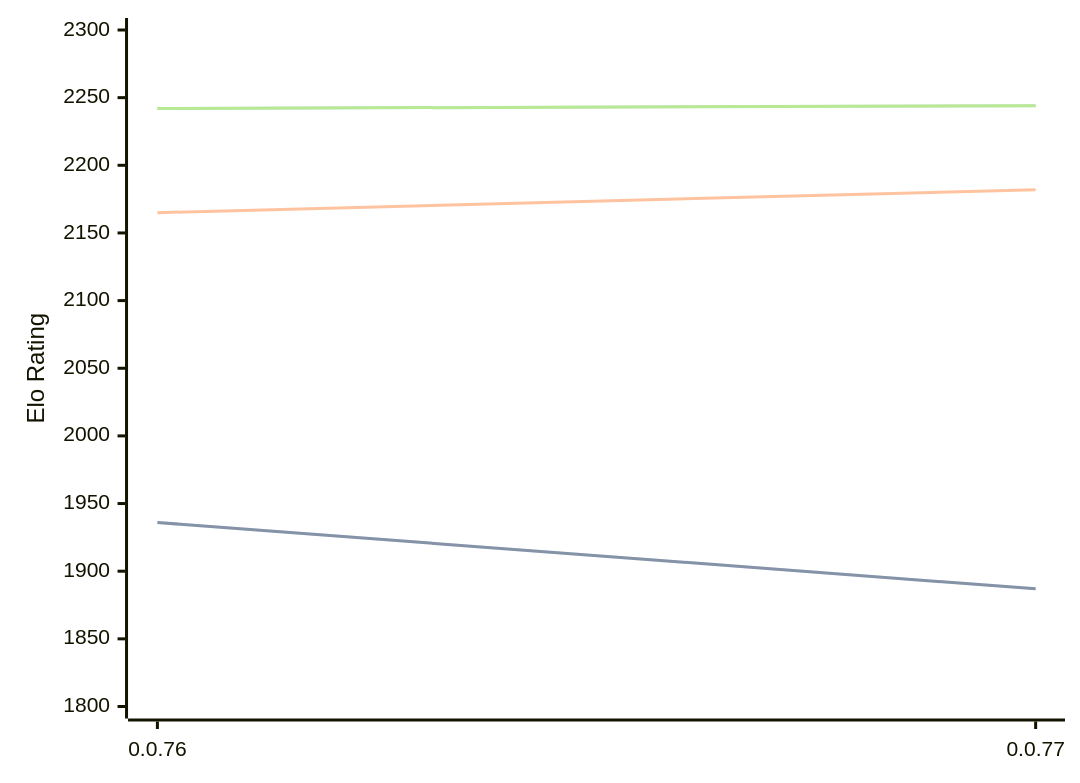
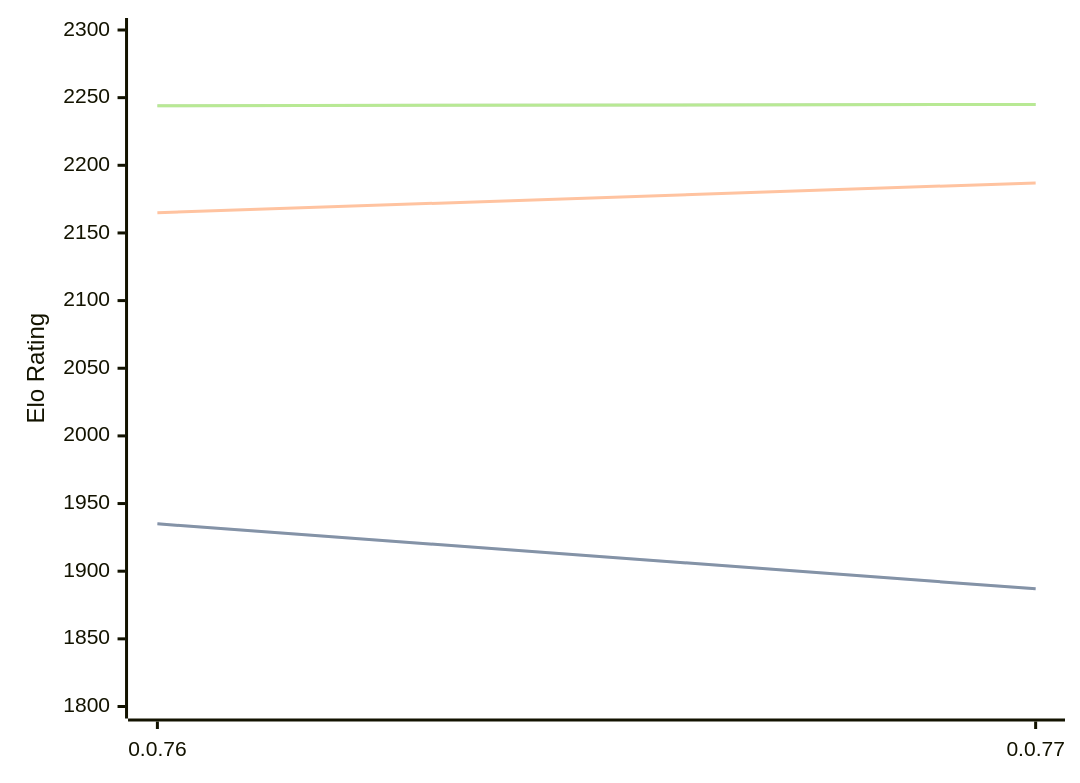
One commit to computer-chess-index/cci changed the diagram in engines/Fktb.md. Above: the diagram before and after it, drawn with Mermaid. The commit also changed other lines of this file, not shown here.

Commit message:
Update CCI Ratings (ELO VLTC) - 2026-03-26

````diff
--- a/engines/Fktb.md
+++ b/engines/Fktb.md
@@ -32,11 +32,11 @@
 ```mermaid
 %%{init: {"theme":"base","themeVariables":{"seriesColors:['#a3a3a3','#222221','#faa371']}}}%%
 xychart-beta
   x-axis ["0.0.76", "0.0.77"]
   y-axis "Elo Rating" 1800 --> 2300
-  line "STC (8.0+0.08s)" [1936, 1887]
-  line "STC (8.0+0.08s)" [1936, 1887]
-  line "LTC (60.0+0.60s)" [2165, 2182]
-  line "VLTC (2m24s+1.12s)" [2242, 2244]
-  line "VLTC (2m24s+1.12s)" [2242, 2244]
+  line "STC (8.0+0.08s)" [1935, 1887]
+  line "STC (8.0+0.08s)" [1935, 1887]
+  line "LTC (60.0+0.60s)" [2165, 2187]
+  line "VLTC (2m24s+1.12s)" [2244, 2245]
+  line "VLTC (2m24s+1.12s)" [2244, 2245]
 ```
````
